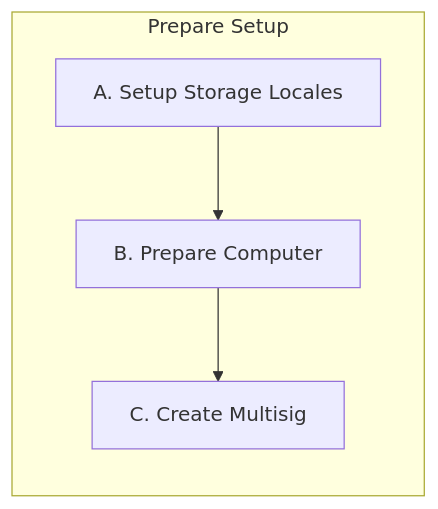
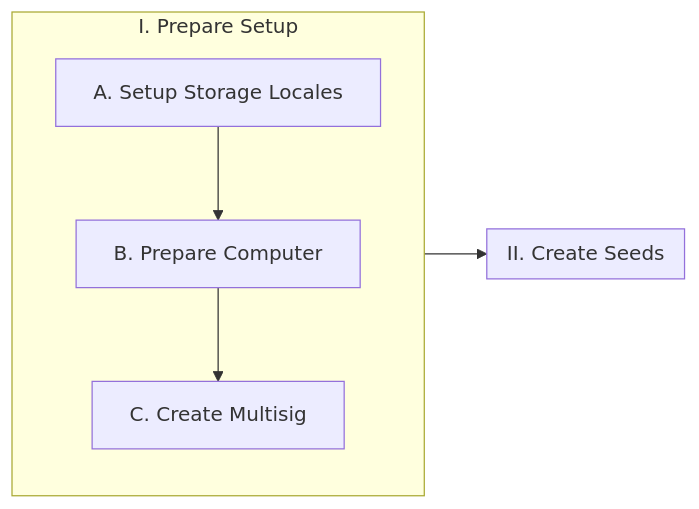
The diagram in Docs/Scenario-Multisig.md (BlockchainCommons/SmartCustody), drawn with Mermaid before and after one commit.

````diff
--- a/Docs/Scenario-Multisig.md
+++ b/Docs/Scenario-Multisig.md
@@ -146,9 +146,12 @@
 ```mermaid
 graph LR;
-    subgraph 1[Prepare Setup]
+    subgraph 1[I. Prepare Setup]
     A[A. Setup Storage Locales]
     B[B. Prepare Computer]
     C[C. Create Multisig]
     A-->B-->C
     end
+    subgraph 2[II. Create Seeds]
+    end
+    1-->2
 ```
````
